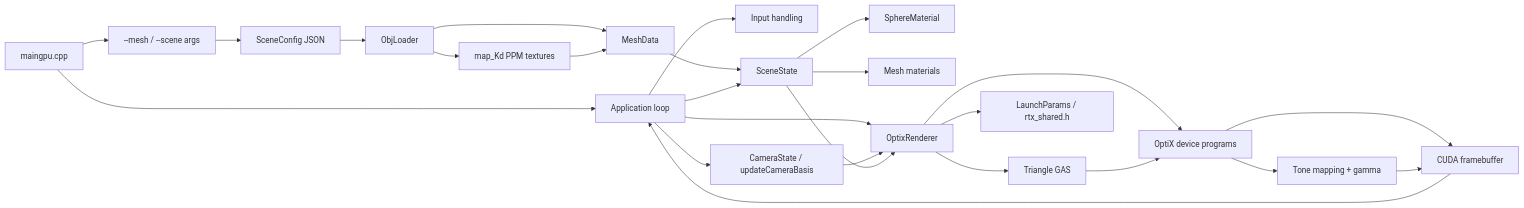
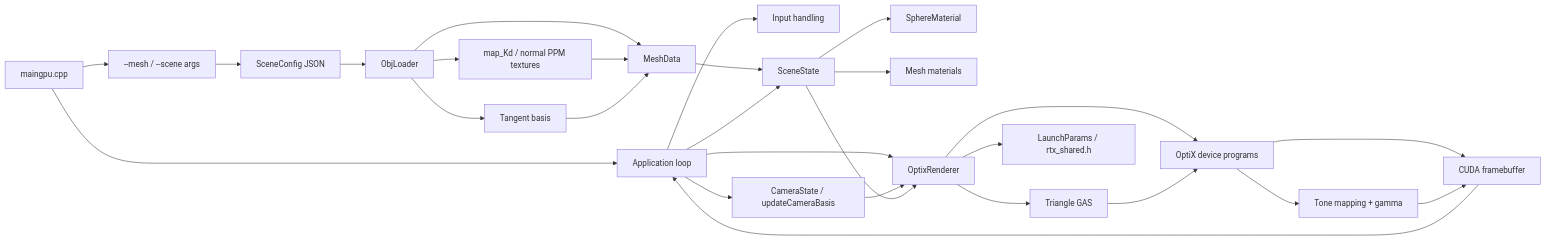
Before and after one commit to Tundraws/RayTracer: the first of 4 diagrams in RayTracerRTX/docs/architecture.md, drawn with Mermaid. The commit also changed other lines of this file and 19 other files, not shown here.

Commit message:
feat: add obj normal mapping

````diff
--- a/RayTracerRTX/docs/architecture.md
+++ b/RayTracerRTX/docs/architecture.md
@@ -9,27 +9,29 @@
 ```mermaid
 flowchart LR
     Main["maingpu.cpp"] --> App["Application loop"]
     Main --> Args["--mesh / --scene args"]
     Args --> SceneConfig["SceneConfig JSON"]
     App --> Input["Input handling"]
     App --> Camera["CameraState / updateCameraBasis"]
     SceneConfig --> ObjLoader
     ObjLoader["ObjLoader"] --> MeshData["MeshData"]
-    ObjLoader --> Textures["map_Kd PPM textures"]
+    ObjLoader --> Textures["map_Kd / normal PPM textures"]
+    ObjLoader --> Tangents["Tangent basis"]
     Textures --> MeshData
+    Tangents --> MeshData
     MeshData --> Scene
     App --> Scene["SceneState"]
     Scene --> Materials["SphereMaterial"]
     Scene --> MeshMaterials["Mesh materials"]
     App --> Renderer["OptixRenderer"]
     Camera --> Renderer
     Scene --> Renderer
     Renderer --> TriangleGAS["Triangle GAS"]
     Renderer --> Shared["LaunchParams / rtx_shared.h"]
     Renderer --> Device["OptiX device programs"]
     TriangleGAS --> Device
     Device --> Framebuffer["CUDA framebuffer"]
     Device --> Post["Tone mapping + gamma"]
     Post --> Framebuffer
     Framebuffer --> App
 ```
````
